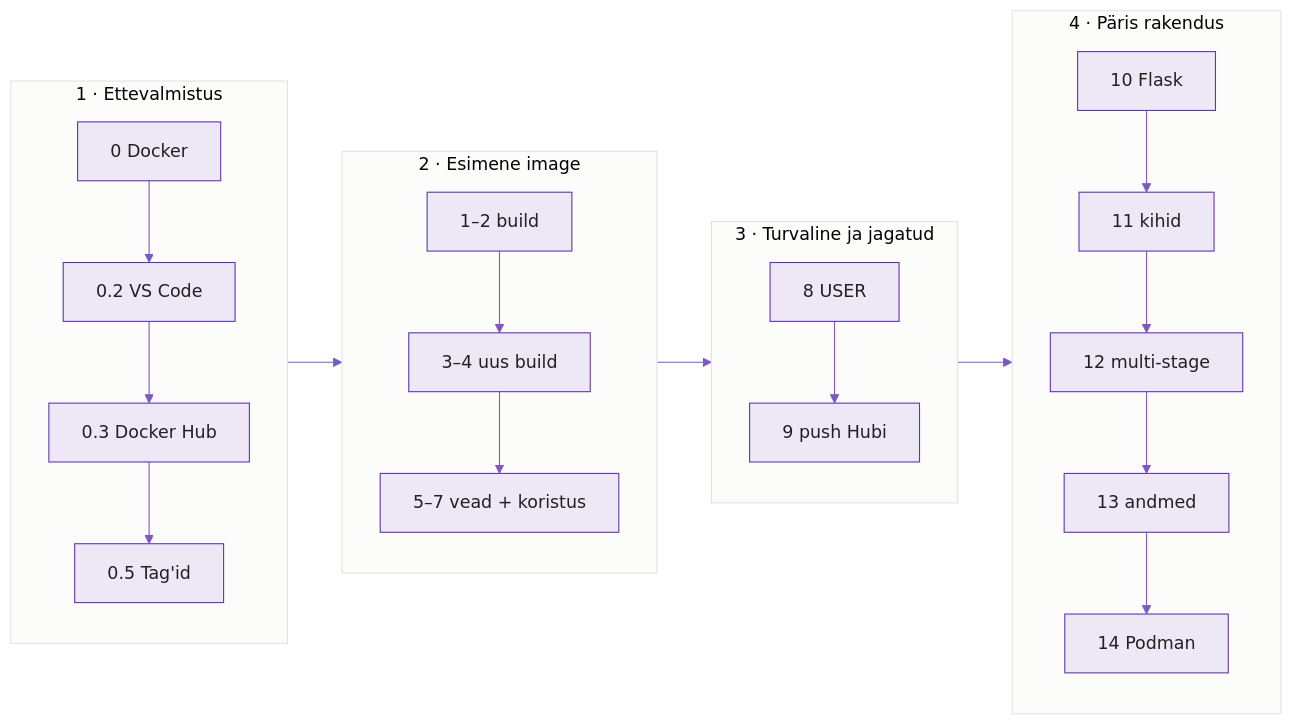
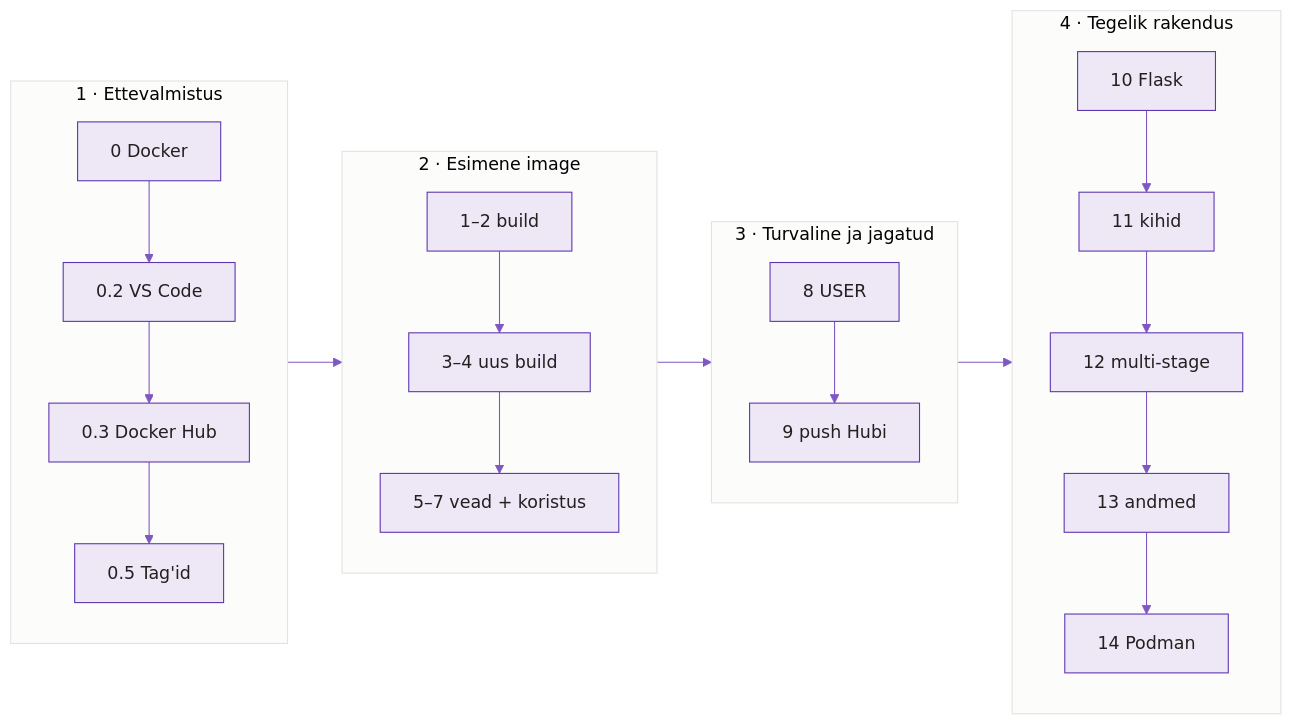
Before and after one commit to hkhk-automation/devops: the first of 3 diagrams in docs/week05/lab.md, drawn with Mermaid. The commit also changed other lines of this file and 13 other files, not shown here.

Commit message:
Materjal: sõnad „päris“ ja „päriselt“ asendatud (töökohas, tootmises, tegelik), pikk kriips eemaldatud

````diff
--- a/docs/week05/lab.md
+++ b/docs/week05/lab.md
@@ -42,17 +42,17 @@
 ```mermaid
 %%{init: {'theme':'base','themeVariables':{'primaryColor':'#ede7f6','primaryBorderColor':'#5e35b1','primaryTextColor':'#212121','lineColor':'#7e57c2'}}}%%
 graph LR
     subgraph A[1 · Ettevalmistus]
       A0[0 Docker] --> A1[0.2 VS Code] --> A2[0.3 Docker Hub] --> A3[0.5 Tag'id]
     end
     subgraph B[2 · Esimene image]
       B1[1–2 build] --> B2[3–4 uus build] --> B3[5–7 vead + koristus]
     end
     subgraph C[3 · Turvaline ja jagatud]
       C1[8 USER] --> C2[9 push Hubi]
     end
-    subgraph D[4 · Päris rakendus]
+    subgraph D[4 · Tegelik rakendus]
       D1[10 Flask] --> D2[11 kihid] --> D3[12 multi-stage] --> D4[13 andmed] --> D5[14 Podman]
     end
     A --> B --> C --> D
 ```
````
